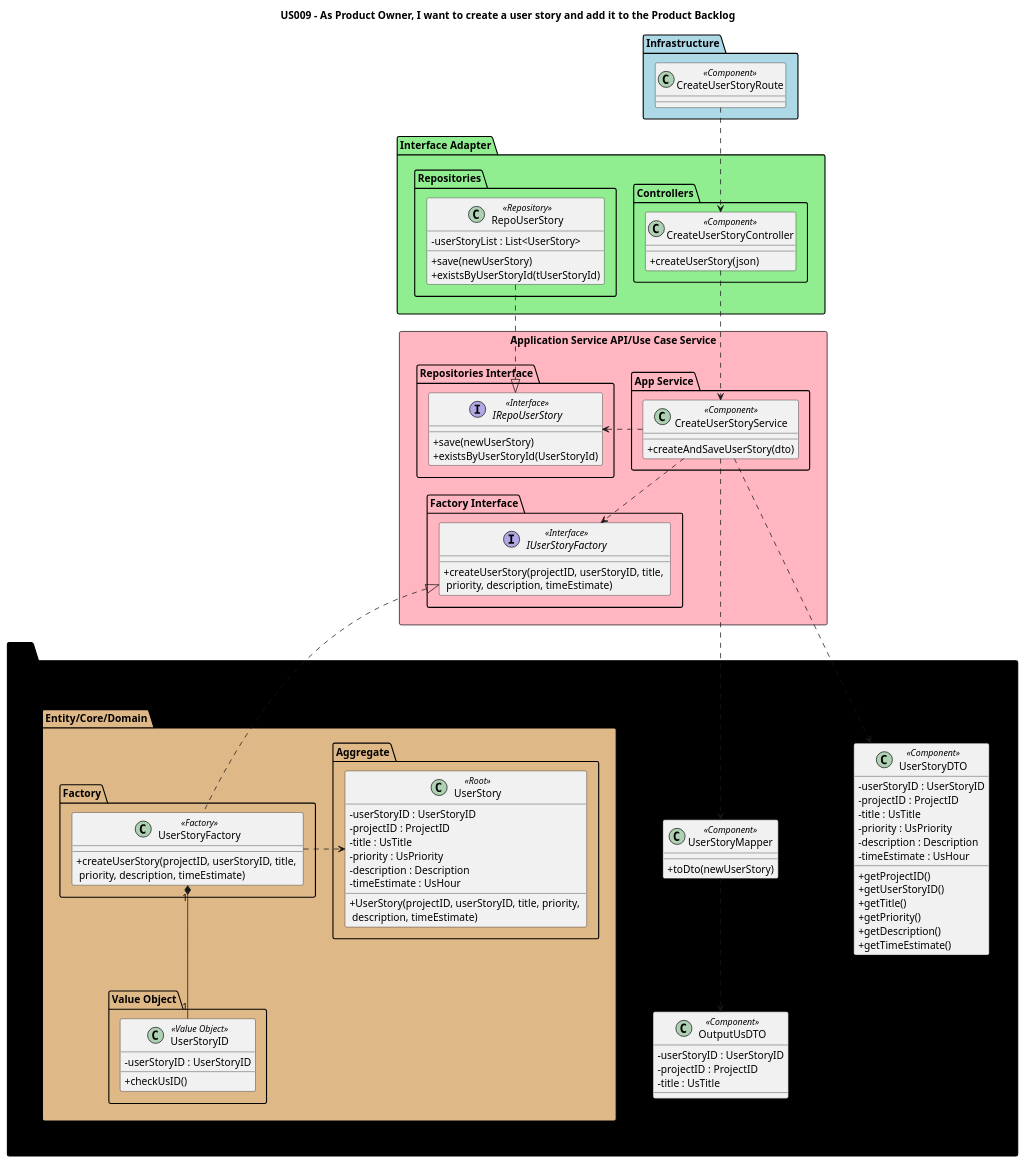
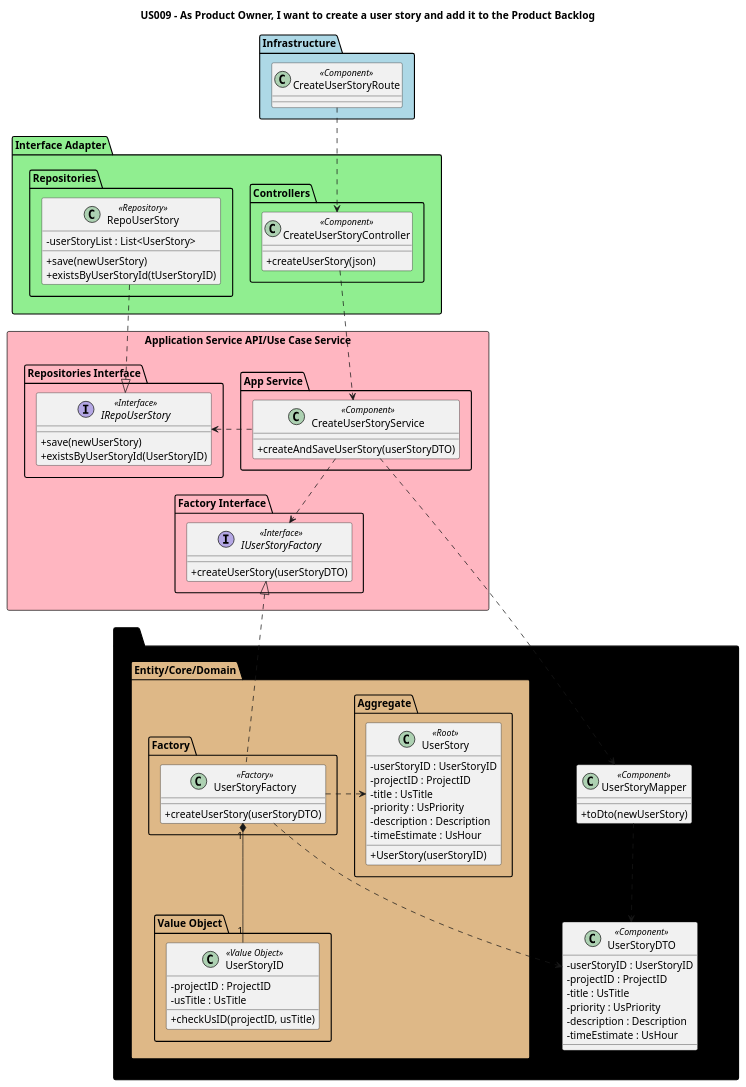
One commit to nunogon1211787/projectManagement changed the diagram in docs/Sprint1/US009/US009RE-CD.puml. Above: the diagram before and after it, drawn with PlantUML. The commit also changed 22 other files, not shown here.

Commit message:
US009 - Refactor DS | Include DTO, Mapper, factory and service US009 - Implement UserStoryService US009 - Implement OutputUsDTO US009: Refactoring: CreateUserStoryController, class UserStory, UserStoryStore, UserStoryDTO (addresses #137)  (addresses  #139)  (addresses  #140)  (addresses #141)

```diff
--- a/docs/Sprint1/US009/US009RE-CD.puml
+++ b/docs/Sprint1/US009/US009RE-CD.puml
@@ -1,157 +1,145 @@
 @startuml
 'https://plantuml.com/class-diagram
 
 'hide circle
 skinparam classAttributeIconSize 0
 
 title US009 - As Product Owner, I want to create a user story and add it to the Product Backlog
 
 skinparam classAttributeIconSize 0
 
 package "Infrastructure" <<Folder>> #lightblue  {
 class "CreateUserStoryRoute" as route << Component >>
 }
 
 package "Interface Adapter" <<Folder>> #lightgreen {
 package "Controllers" <<Folder>>{
 class "CreateUserStoryController" as ctrl << Component >> {
 +createUserStory(json)
 }
 }
 package "Repositories" <<Folder>>{
 class "RepoUserStory" as store << Repository >> {
 -userStoryList : List<UserStory>
 + save(newUserStory)
-+ existsByUserStoryId(tUserStoryId)
++ existsByUserStoryId(tUserStoryID)
 '- add(newUserStory)
 }
 }
 }
 
 package "Application Service API/Use Case Service" <<Rectangle>> #lightpink{
 package "App Service" <<Folder>>{
 class "CreateUserStoryService" as service << Component >> {
-+createAndSaveUserStory(dto)
++createAndSaveUserStory(userStoryDTO)
 }
 }
 package "Repositories Interface" <<Folder>>{
 interface "IRepoUserStory" as repo << Interface >>{
 + save(newUserStory)
-+ existsByUserStoryId(UserStoryId)
++ existsByUserStoryId(UserStoryID)
 }
 }
 package "Factory Interface" <<Folder>>{
 interface "IUserStoryFactory" as factoryInterface << Interface >>{
-+createUserStory(projectID, userStoryID, title, \n priority, description, timeEstimate)
++createUserStory(userStoryDTO)
 }
 }
 }
 package "DTO" <<Folder>> #black {
 package "UserStoryDTO" <<Folder>>{
 class "UserStoryDTO" as dto << Component >> {
 - userStoryID : UserStoryID
 - projectID : ProjectID
 - title : UsTitle
 - priority : UsPriority
 - description : Description
 - timeEstimate : UsHour
-+ getProjectID()
-+ getUserStoryID()
-+ getTitle()
-+ getPriority()
-+ getDescription()
-+ getTimeEstimate()
 }
 }
-package "DTO" <<Folder>> {
-package "OutputUsDTO" <<Folder>>{
-class "OutputUsDTO" as outDto << Component >> {
-- userStoryID : UserStoryID
-- projectID : ProjectID
-- title : UsTitle
-}
-}
+
 package "DTO" <<Folder>> {
 package "UserStoryMapper" <<Folder>>{
 class "UserStoryMapper" as mapper << Component >> {
 + toDto(newUserStory)
 }
 }
 }
 
 package "Entity/Core/Domain" <<Folder>> #burlywood{
 package "Aggregate" <<Folder>>{
 class "UserStory" as userStory << Root >> {
 - userStoryID : UserStoryID
 - projectID : ProjectID
 - title : UsTitle
 - priority : UsPriority
 - description : Description
 - timeEstimate : UsHour
-+ UserStory(projectID, userStoryID, title, priority, \n description, timeEstimate)
++ UserStory(userStoryID)
 }
 }
 package "Factory" <<Folder>>{
 class "UserStoryFactory" as userStoryF << Factory >> {
-+createUserStory(projectID, userStoryID, title, \n priority, description, timeEstimate)
++createUserStory(userStoryDTO)
 }
 }
 package "Value Object" <<Folder>>{
 class "UserStoryID" as usID << Value Object >> {
--userStoryID : UserStoryID
-+checkUsID()
+-projectID : ProjectID
+-usTitle : UsTitle
++checkUsID(projectID, usTitle)
 }
 }
 'package "Value Object" <<Folder>>{
 'class "ProjectID" as projID << Value Object >> {
 '-rojectID : ProjectID
 '+checkUsID()
 '}
 
 'package "Value Object" <<Folder>>{
 'class "UsTitle" as usTitle << Value Object >> {
 '- title : UsTitle
 '+checkUsID()
 '}
 
 'package "Value Object" <<Folder>>{
 'class "Priority" as priority << Value Object >> {
 '-priority : UsPriority
 '+checkUsID()
 '}
 '
 'package "Value Object" <<Folder>>{
 'class "Description" as desc << Value Object >> {
 '-description : Description
 '+checkUsID()
 '}
 '
 'package "Value Object" <<Folder>>{
 'class "TimeEstimate" as time << Value Object >> {
 '-timeEstimate : UsHour
 '+checkUsID()
 '}
 
 
 route ..> ctrl
 'ctrl..> mapper'
 ctrl..> service
 'mapper..> dto
-mapper..>outDto
 store..|> repo
 service..> mapper
-service..> dto
+mapper..>dto
+userStoryF..> dto
 service..> factoryInterface
 service..left> repo
 userStoryF"1"*-d-"1" usID
 'userStoryF..>projID
 'userStoryF..>usTitle
 'userStoryF..>priority
 'userStoryF..>time
 'userStoryF..>desc
 userStoryF..right>userStory
 userStoryF..up|>factoryInterface
 
 
 
 @enduml
```
